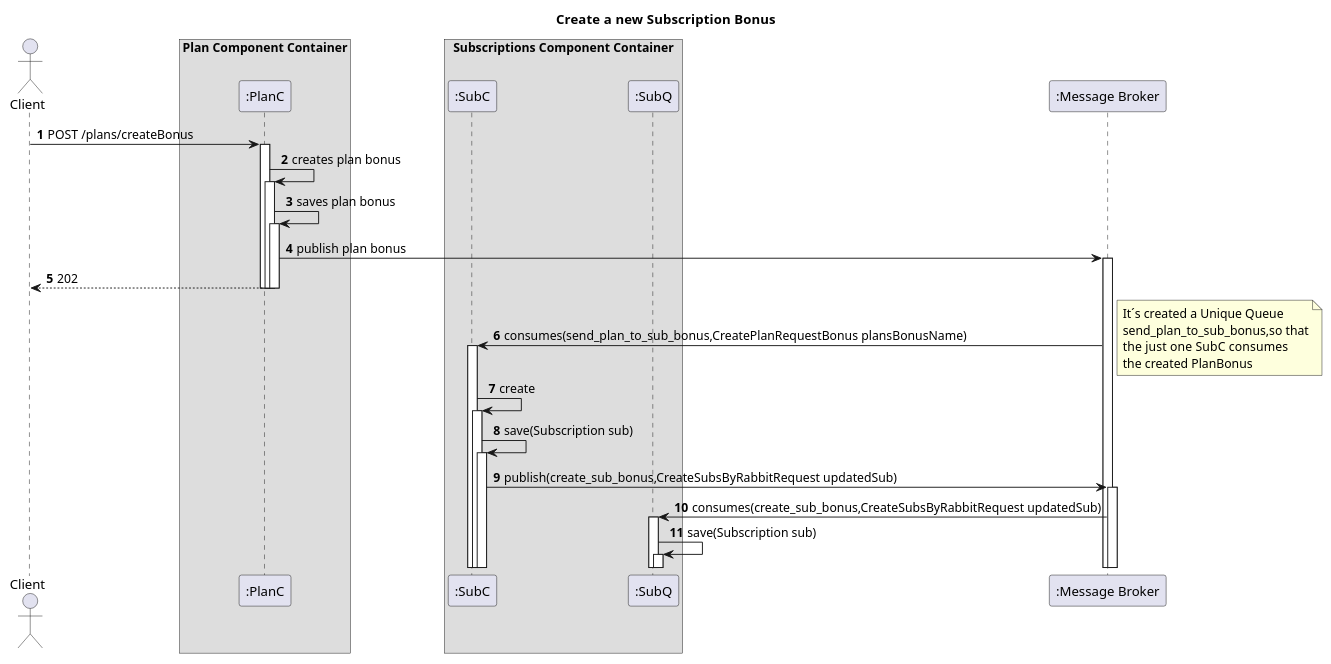
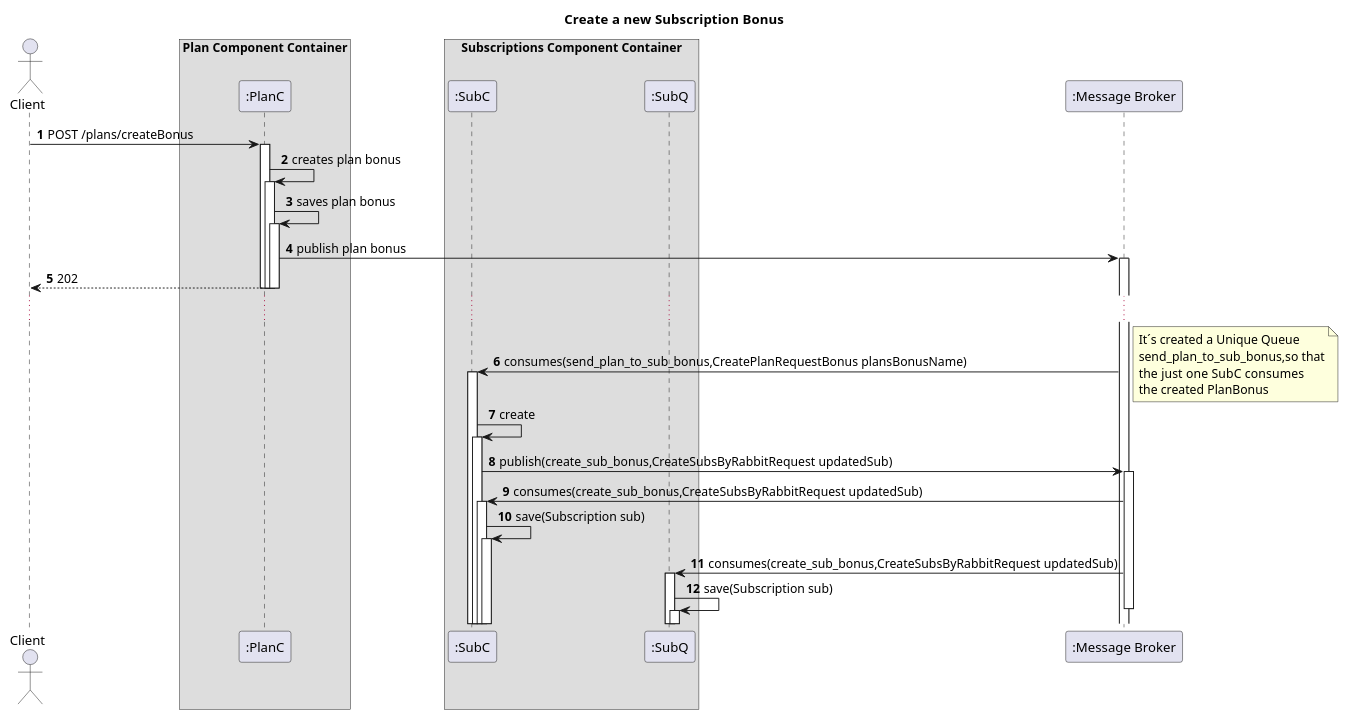
One commit to IsepMartimOliveira/SIDIS changed the diagram in docs_sidis/Terceira_Avaliação/Bonus/Vista_Processos/N2/Subscriptions/CreatePlanBonus.puml. Above: the diagram before and after it, drawn with PlantUML. The commit also changed 18 other files, not shown here.

```diff
--- a/docs_sidis/Terceira_Avaliação/Bonus/Vista_Processos/N2/Subscriptions/CreatePlanBonus.puml
+++ b/docs_sidis/Terceira_Avaliação/Bonus/Vista_Processos/N2/Subscriptions/CreatePlanBonus.puml
@@ -1,56 +1,57 @@
 @startuml
 'https://plantuml.com/sequence-diagram
 autoactivate on
 autonumber
 title  Create  a new Subscription Bonus
 
 autonumber
 
 actor "Client" as Ac
 box "Plan Component Container"
 participant ":PlanC" as Auth
 end box
 box "Subscriptions Component Container"
     participant ":SubC" as NewComp
     participant ":SubQ" as NewCompQ
 end box
 participant ":Message Broker" as Broker
 
 
 Ac->Auth:POST /plans/createBonus
 Auth->Auth:creates plan bonus
 Auth->Auth:saves plan bonus
 Auth->Broker:publish plan bonus
 
 Auth-->Ac:202
 deactivate Auth
 deactivate Auth
 
-
+...
 Broker->NewComp:consumes(send_plan_to_sub_bonus,CreatePlanRequestBonus plansBonusName)
 
 note right
 It´s created a Unique Queue
 send_plan_to_sub_bonus,so that
 the just one SubC  consumes
 the created PlanBonus
 end note
 NewComp->NewComp:create
-NewComp->NewComp:save(Subscription sub)
 
 NewComp->Broker:publish(create_sub_bonus,CreateSubsByRabbitRequest updatedSub)
+Broker->NewComp:consumes(create_sub_bonus,CreateSubsByRabbitRequest updatedSub)
+NewComp->NewComp:save(Subscription sub)
 Broker->NewCompQ:consumes(create_sub_bonus,CreateSubsByRabbitRequest updatedSub)
 NewCompQ->NewCompQ:save(Subscription sub)
-
+deactivate Broker
 
 
 
 
 
 
 
 
 
 
 
 @enduml
```
